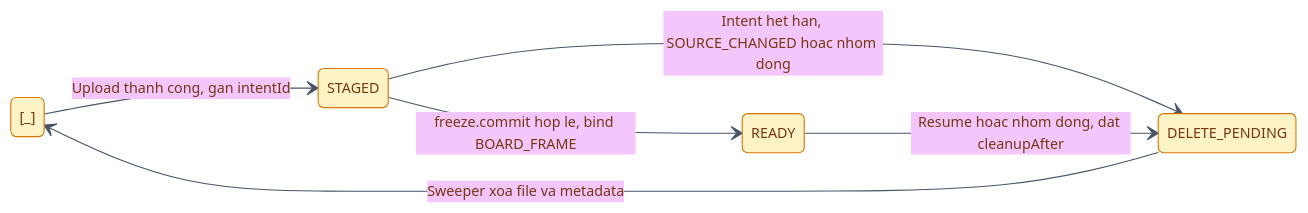
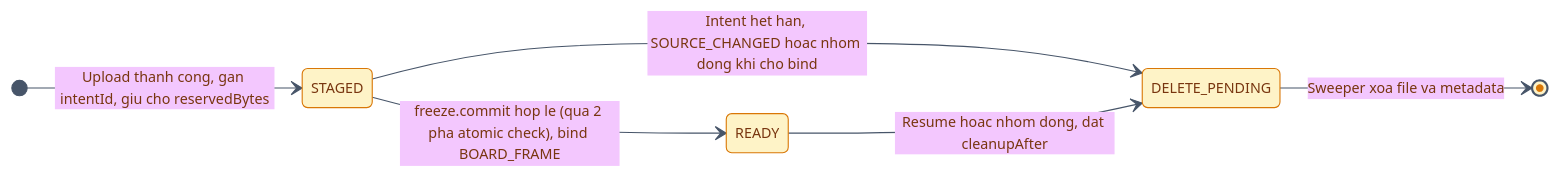
One commit to Lightning1507/CoLearnia changed the third of 13 diagrams in docs/proposals/m5-board.md. Above: the diagram before and after it, drawn with Mermaid. The commit also changed other lines of this file, not shown here.

Commit message:
docs(board): address collaborator review on files schema, sync, permissions, and wbs

````diff
--- a/docs/proposals/m5-board.md
+++ b/docs/proposals/m5-board.md
@@ -359,10 +361,10 @@
 ```mermaid
 %%{init: {"theme":"base","themeVariables":{"fontFamily":"Inter, Helvetica, Arial","fontSize":"13px","primaryColor":"#FEF3C7","primaryBorderColor":"#D97706","primaryTextColor":"#78350F","lineColor":"#475569"}}}%%
 stateDiagram-v2
-direction LR
-[_] --> STAGED: Upload thanh cong, gan intentId
-STAGED --> READY: freeze.commit hop le, bind BOARD_FRAME
-STAGED --> DELETE_PENDING: Intent het han, SOURCE_CHANGED hoac nhom dong
-READY --> DELETE_PENDING: Resume hoac nhom dong, dat cleanupAfter
-DELETE_PENDING --> [_]: Sweeper xoa file va metadata
+  direction LR
+  [*] --> STAGED: Upload thanh cong, gan intentId, giu cho reservedBytes
+  STAGED --> READY: freeze.commit hop le (qua 2 pha atomic check), bind BOARD_FRAME
+  STAGED --> DELETE_PENDING: Intent het han, SOURCE_CHANGED hoac nhom dong khi cho bind
+  READY --> DELETE_PENDING: Resume hoac nhom dong, dat cleanupAfter
+  DELETE_PENDING --> [*]: Sweeper xoa file va metadata
 ```
````
